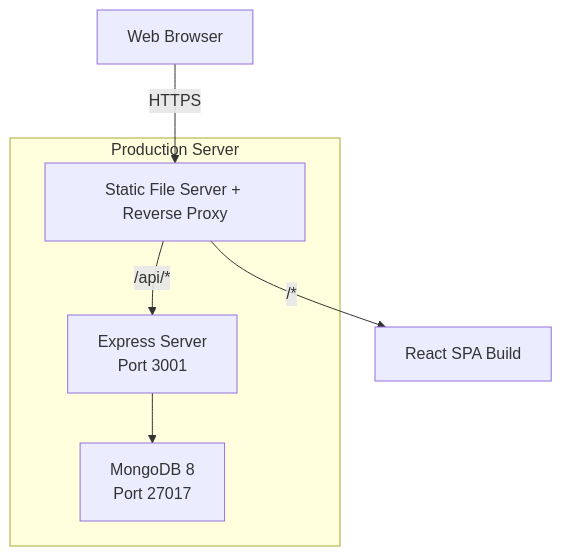
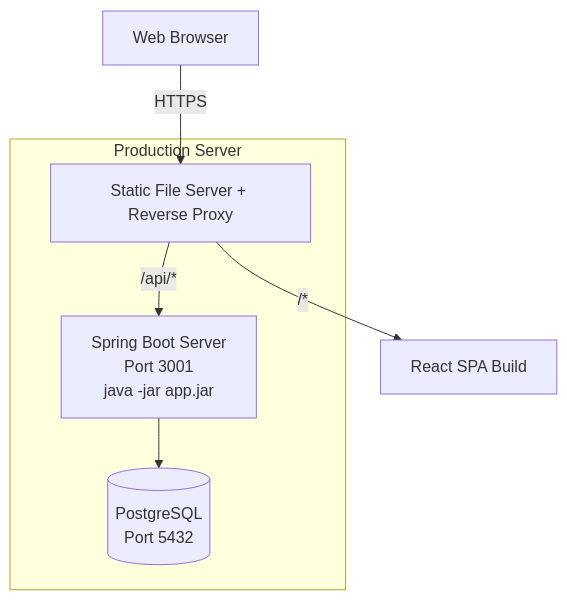
Before and after one commit to nghiaxh/hr-management: diagram 20 of 24 in docs/SDD.md, drawn with Mermaid. The commit also changed other lines of this file and 3 other files, not shown here.

First line of the commit message:
docs: update tech stack references to Spring Boot + PostgreSQL

````diff
--- a/docs/SDD.md
+++ b/docs/SDD.md
@@ -1076,12 +1075,12 @@
 ```mermaid
 graph TB
     subgraph "Production Server"
-        MONGODB[MongoDB 8<br/>Port 27017]
-        SERVER[Express Server<br/>Port 3001]
+        DB[(PostgreSQL<br/>Port 5432)]
+        SERVER[Spring Boot Server<br/>Port 3001<br/>java -jar app.jar]
         NGINX[Static File Server + Reverse Proxy]
     end
     BROWSER[Web Browser] -->|HTTPS| NGINX
     NGINX -->|/api/*| SERVER
     NGINX -->|/*| REACT_BUILD[React SPA Build]
-    SERVER --> MONGODB
+    SERVER --> DB
 ```
````
